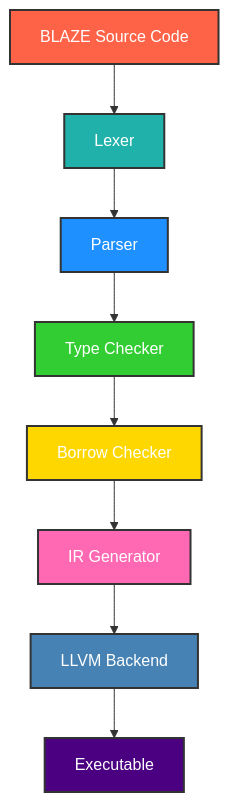
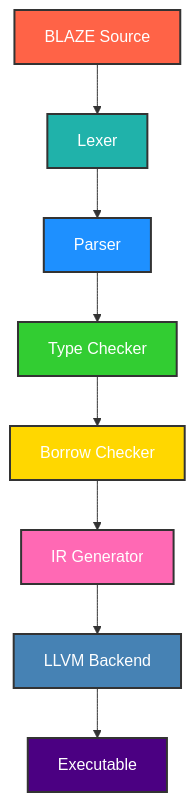
One commit to BLACK0X80/BLAZE changed the diagram in README.md. Above: the diagram before and after it, drawn with Mermaid. The commit also changed other lines of this file, not shown here.

````diff
--- a/README.md
+++ b/README.md
@@ -278,19 +259,19 @@
 ```mermaid
 graph TD
-    A[BLAZE Source Code] --> B[Lexer]
+    A[BLAZE Source] --> B[Lexer]
     B --> C[Parser]
     C --> D[Type Checker]
     D --> E[Borrow Checker]
     E --> F[IR Generator]
     F --> G[LLVM Backend]
     G --> H[Executable]
 
     style A fill:#ff6347,stroke:#333,stroke-width:2px,color:#fff
     style B fill:#20b2aa,stroke:#333,stroke-width:2px,color:#fff
     style C fill:#1e90ff,stroke:#333,stroke-width:2px,color:#fff
     style D fill:#32cd32,stroke:#333,stroke-width:2px,color:#fff
     style E fill:#ffd700,stroke:#333,stroke-width:2px,color:#fff
     style F fill:#ff69b4,stroke:#333,stroke-width:2px,color:#fff
     style G fill:#4682b4,stroke:#333,stroke-width:2px,color:#fff
     style H fill:#4b0082,stroke:#333,stroke-width:2px,color:#fff
 ```
````
